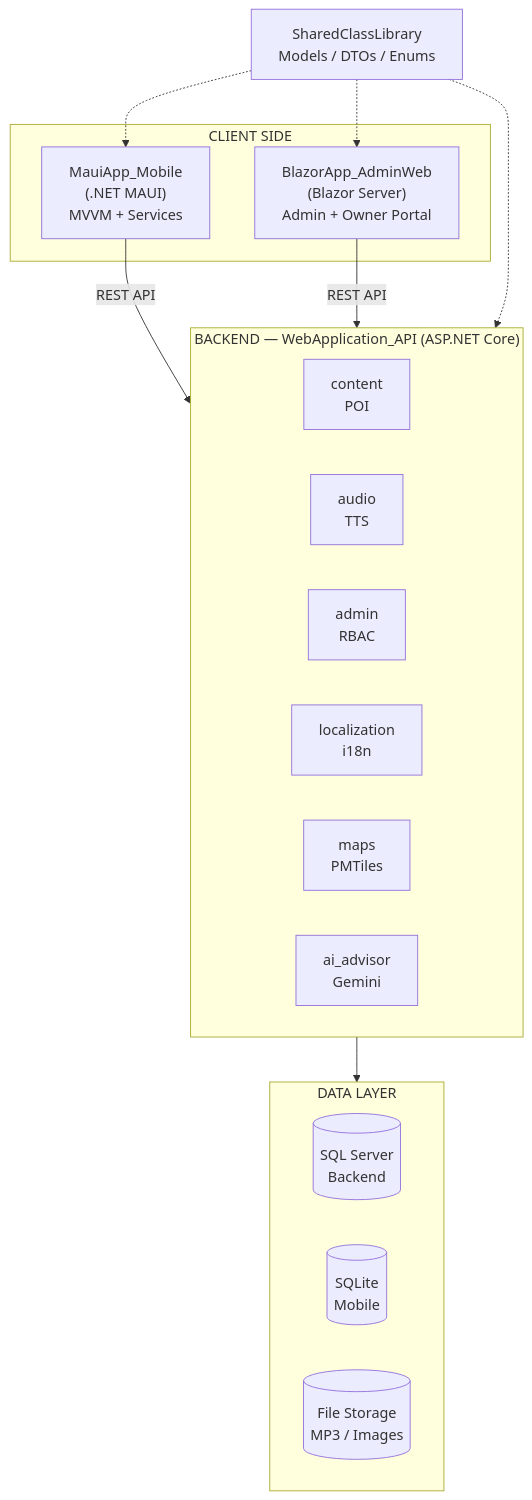
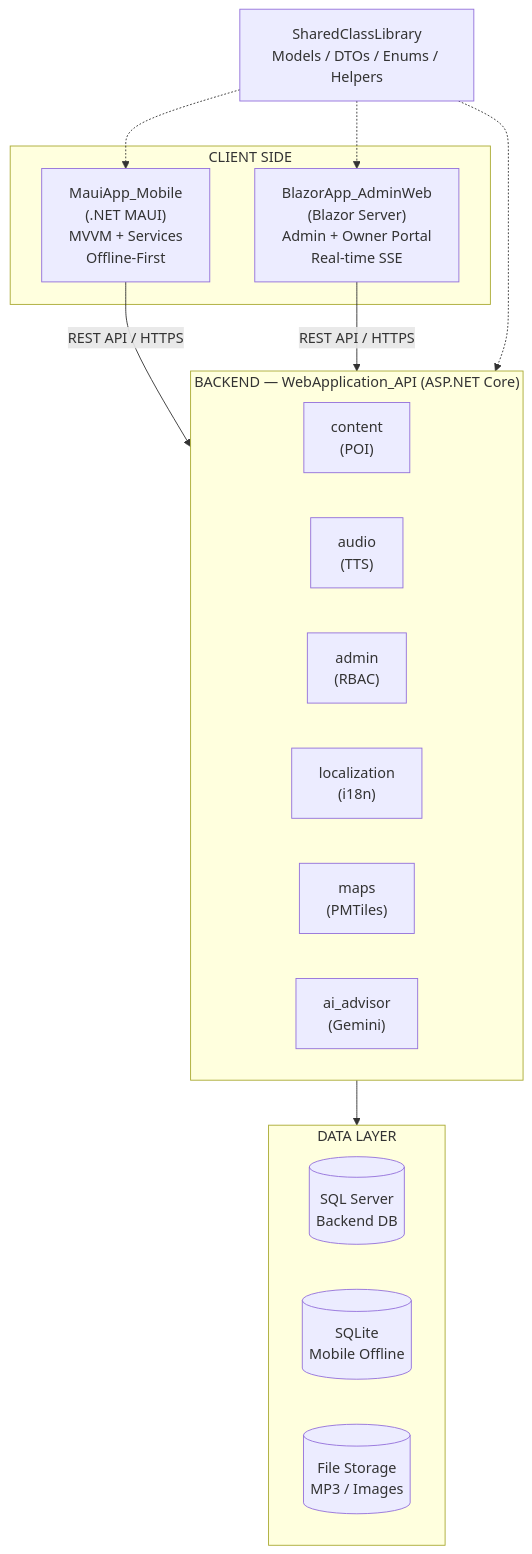
The first of 9 diagrams in README.md (DZT711/Audio_Guide_App), drawn with Mermaid before and after one commit. The commit also changed other lines of this file, not shown here.

````diff
--- a/README.md
+++ b/README.md
@@ -127,32 +465,32 @@
 ```mermaid
 graph TB
     subgraph CLIENT["CLIENT SIDE"]
-        MAUI["MauiApp_Mobile\n(.NET MAUI)\nMVVM + Services"]
-        BLAZOR["BlazorApp_AdminWeb\n(Blazor Server)\nAdmin + Owner Portal"]
+        MAUI["MauiApp_Mobile\n(.NET MAUI)\nMVVM + Services\nOffline-First"]
+        BLAZOR["BlazorApp_AdminWeb\n(Blazor Server)\nAdmin + Owner Portal\nReal-time SSE"]
     end
 
     subgraph BACKEND["BACKEND — WebApplication_API (ASP.NET Core)"]
         direction LR
-        C[content\nPOI]
-        A[audio\nTTS]
-        AD[admin\nRBAC]
-        L[localization\ni18n]
-        M[maps\nPMTiles]
-        AI[ai_advisor\nGemini]
+        C["content\n(POI)"]
+        A["audio\n(TTS)"]
+        AD["admin\n(RBAC)"]
+        L["localization\n(i18n)"]
+        M["maps\n(PMTiles)"]
+        AI["ai_advisor\n(Gemini)"]
     end
 
     subgraph DATA["DATA LAYER"]
-        DB[(SQL Server\nBackend)]
-        SQLITE[(SQLite\nMobile)]
-        FS[(File Storage\nMP3 / Images)]
+        DB[("SQL Server\nBackend DB")]
+        SQLITE[("SQLite\nMobile Offline")]
+        FS[("File Storage\nMP3 / Images")]
     end
 
-    SHARED["SharedClassLibrary\nModels / DTOs / Enums"]
+    SHARED["SharedClassLibrary\nModels / DTOs / Enums / Helpers"]
 
-    MAUI -- REST API --> BACKEND
-    BLAZOR -- REST API --> BACKEND
+    MAUI -- "REST API / HTTPS" --> BACKEND
+    BLAZOR -- "REST API / HTTPS" --> BACKEND
     BACKEND --> DATA
     SHARED -.-> MAUI
     SHARED -.-> BLAZOR
     SHARED -.-> BACKEND
 ```
````
